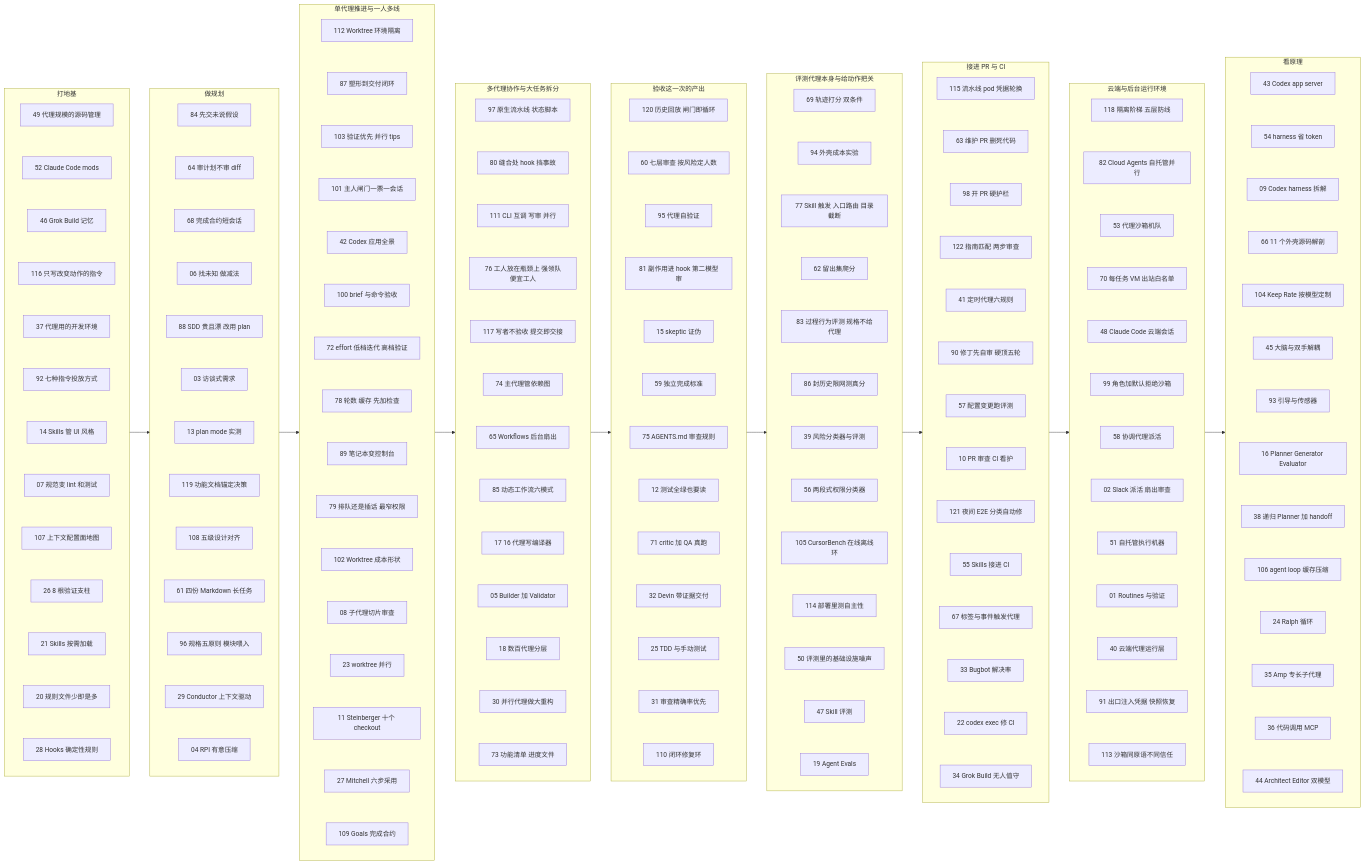
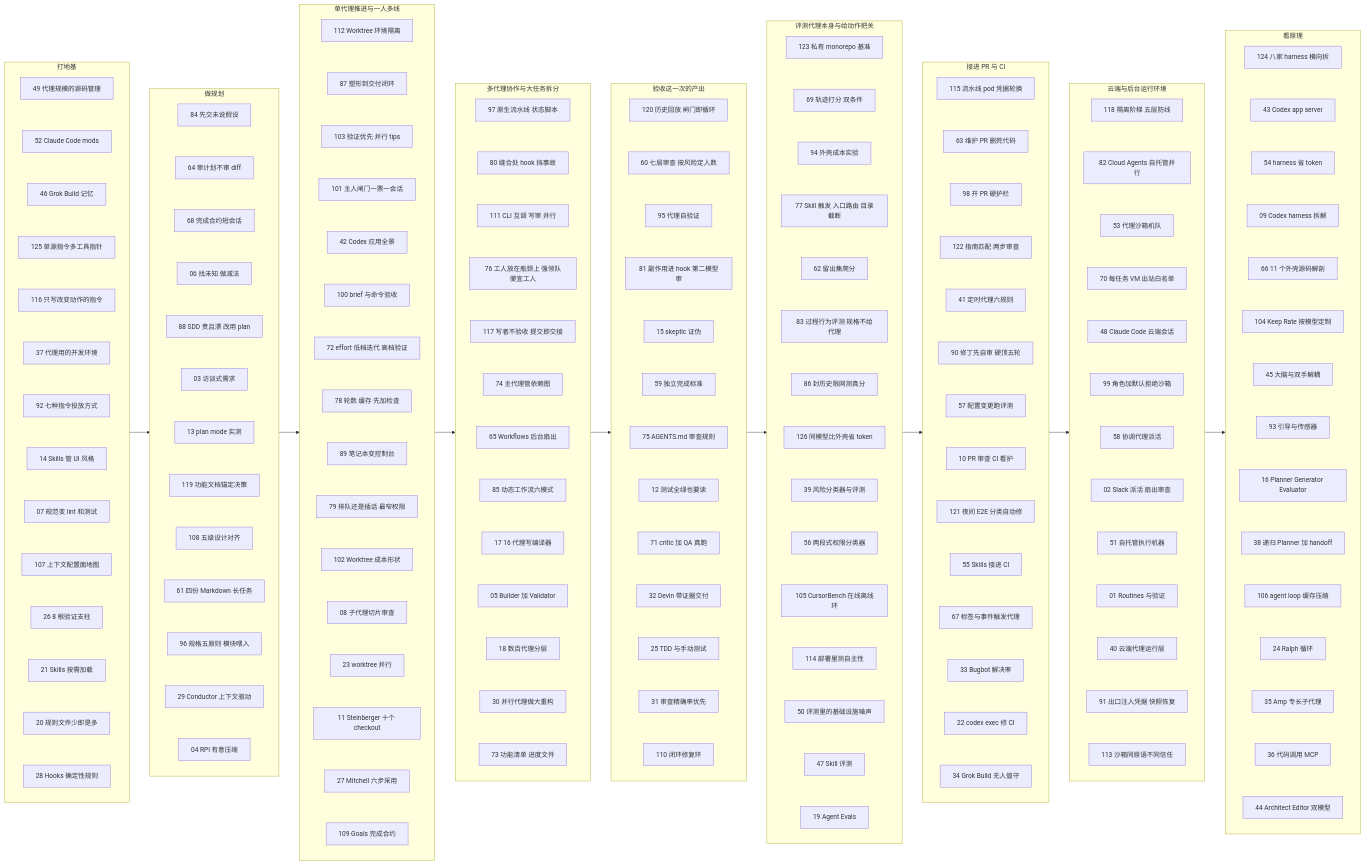
Before and after one commit to yzw7489757/ai-coding-videos: the diagram in docs/index.md, drawn with Mermaid. The commit also changed other lines of this file and 16 other files, not shown here.

```diff
--- a/docs/index.md
+++ b/docs/index.md
@@ -119,6 +119,7 @@
     A49["49 代理规模的源码管理"]
     A52["52 Claude Code mods"]
     A46["46 Grok Build 记忆"]
+    A125["125 单源指令多工具指针"]
     A116["116 只写改变动作的指令"]
     A37["37 代理用的开发环境"]
     A92["92 七种指令投放方式"]
@@ -131,7 +132,8 @@
     A28["28 Hooks 确定性规则"]
     A49 ~~~ A52
     A52 ~~~ A46
-    A46 ~~~ A116
+    A46 ~~~ A125
+    A125 ~~~ A116
     A116 ~~~ A37
     A37 ~~~ A92
     A92 ~~~ A14
@@ -262,12 +264,14 @@
   end
   subgraph S6["评测代理本身与给动作把关"]
     direction TB
+    A123["123 私有 monorepo 基准"]
     A69["69 轨迹打分 双条件"]
     A94["94 外壳成本实验"]
     A77["77 Skill 触发 入口路由 目录截断"]
     A62["62 留出集爬分"]
     A83["83 过程行为评测 规格不给代理"]
     A86["86 封历史限网测真分"]
+    A126["126 同模型比外壳省 token"]
     A39["39 风险分类器与评测"]
     A56["56 两段式权限分类器"]
     A105["105 CursorBench 在线离线环"]
@@ -275,12 +279,14 @@
     A50["50 评测里的基础设施噪声"]
     A47["47 Skill 评测"]
     A19["19 Agent Evals"]
+    A123 ~~~ A69
     A69 ~~~ A94
     A94 ~~~ A77
     A77 ~~~ A62
     A62 ~~~ A83
     A83 ~~~ A86
-    A86 ~~~ A39
+    A86 ~~~ A126
+    A126 ~~~ A39
     A39 ~~~ A56
     A56 ~~~ A105
     A105 ~~~ A114
@@ -348,6 +354,7 @@
   end
   subgraph S9["看原理"]
     direction TB
+    A124["124 八家 harness 横向拆"]
     A43["43 Codex app server"]
     A54["54 harness 省 token"]
     A09["09 Codex harness 拆解"]
@@ -362,6 +369,7 @@
     A35["35 Amp 专长子代理"]
     A36["36 代码调用 MCP"]
     A44["44 Architect Editor 双模型"]
+    A124 ~~~ A43
     A43 ~~~ A54
     A54 ~~~ A09
     A09 ~~~ A66
```
